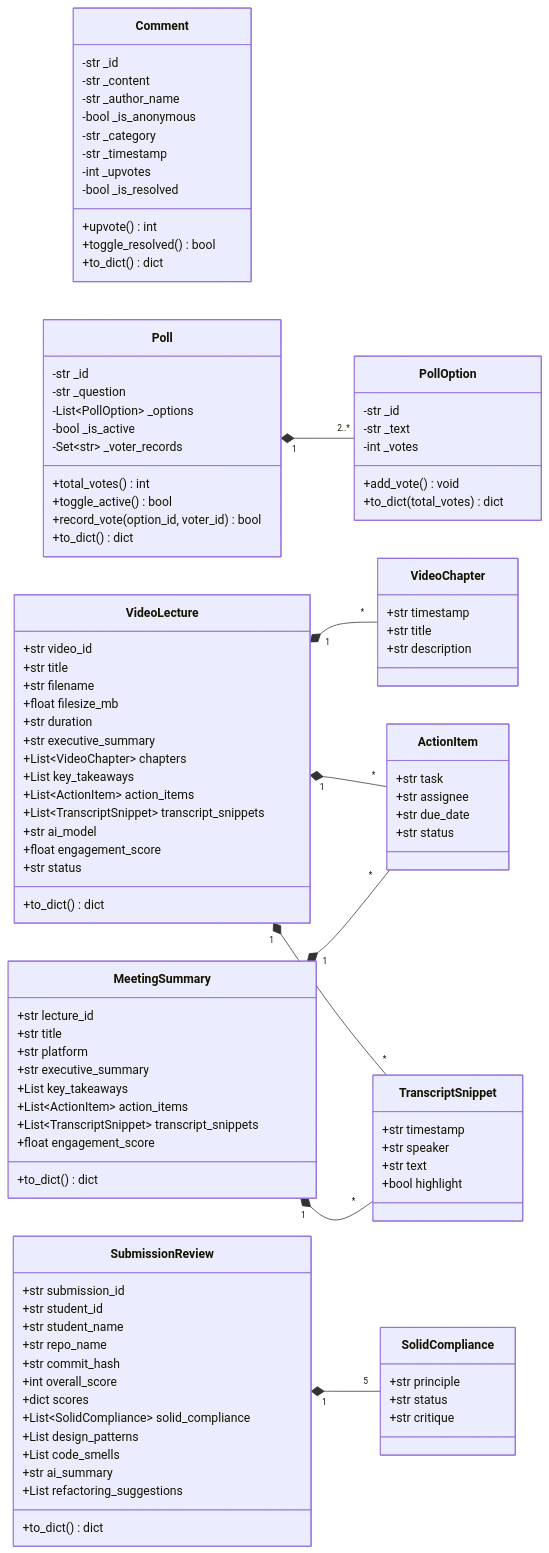
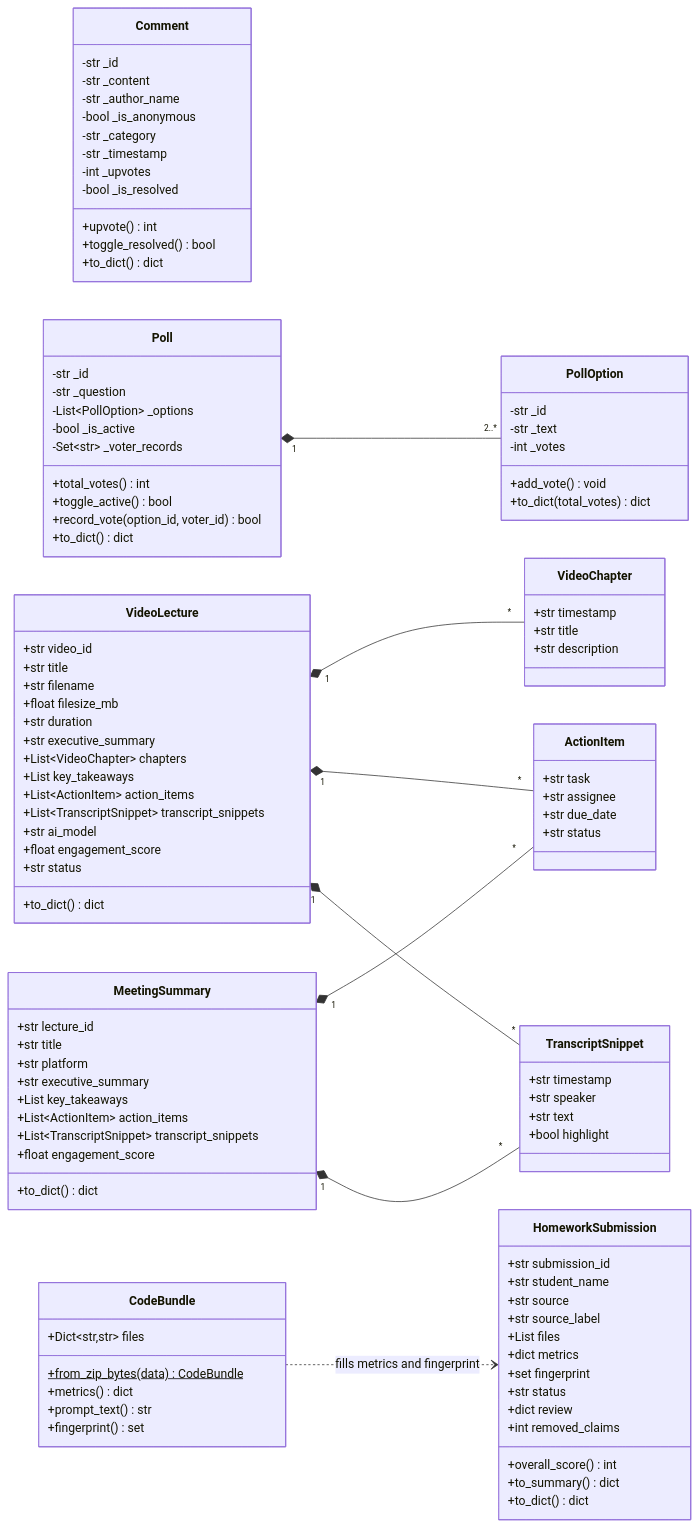
The second of 5 diagrams in docs/06_class_diagrams.md (nilco142199-wq/i2seex2), drawn with Mermaid before and after one commit. The commit also changed other lines of this file and 22 other files, not shown here.

First line of the commit message:
Real homework deep review with comparison between students

````diff
--- a/docs/06_class_diagrams.md
+++ b/docs/06_class_diagrams.md
@@ -191,25 +191,27 @@
     MeetingSummary "1" *-- "*" ActionItem
     MeetingSummary "1" *-- "*" TranscriptSnippet
 
-    class SubmissionReview {
+    class HomeworkSubmission {
         +str submission_id
-        +str student_id
         +str student_name
-        +str repo_name
-        +str commit_hash
-        +int overall_score
-        +dict scores
-        +List~SolidCompliance~ solid_compliance
-        +List design_patterns
-        +List code_smells
-        +str ai_summary
-        +List refactoring_suggestions
+        +str source
+        +str source_label
+        +List files
+        +dict metrics
+        +set fingerprint
+        +str status
+        +dict review
+        +int removed_claims
+        +overall_score() int
+        +to_summary() dict
         +to_dict() dict
     }
-    class SolidCompliance {
-        +str principle
-        +str status
-        +str critique
+    class CodeBundle {
+        +Dict~str,str~ files
+        +from_zip_bytes(data)$ CodeBundle
+        +metrics() dict
+        +prompt_text() str
+        +fingerprint() set
     }
-    SubmissionReview "1" *-- "5" SolidCompliance
+    CodeBundle ..> HomeworkSubmission : fills metrics and fingerprint
 ```
````
